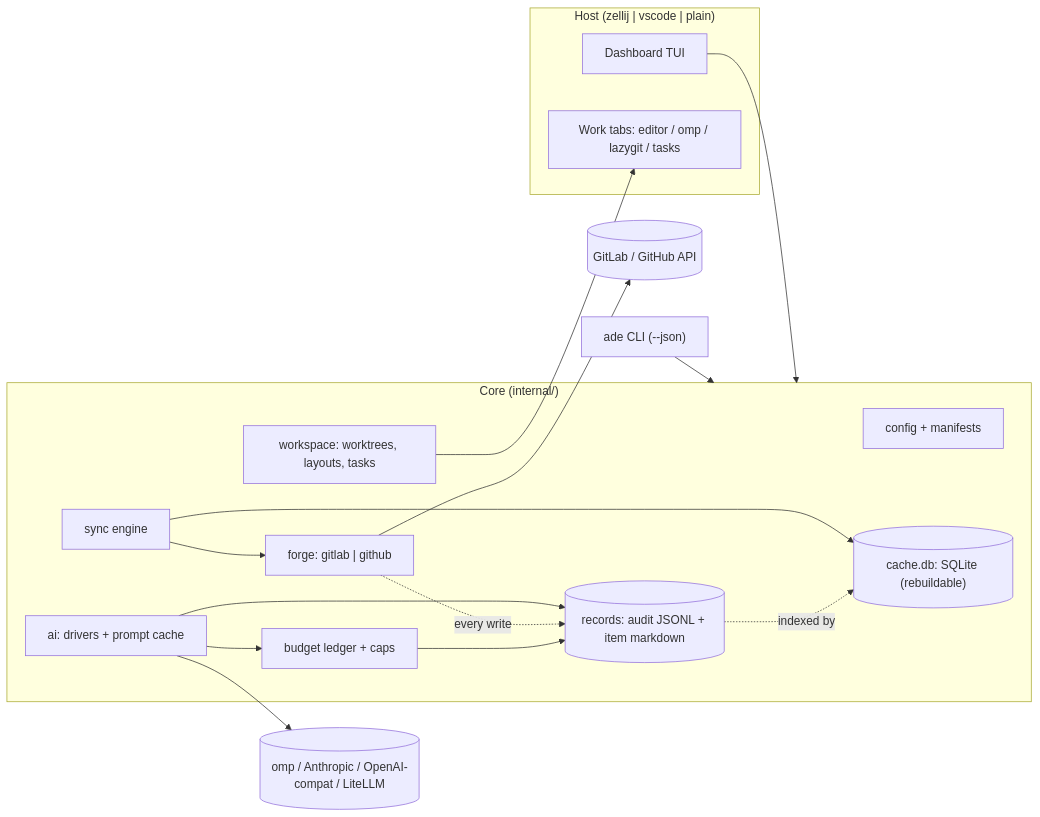
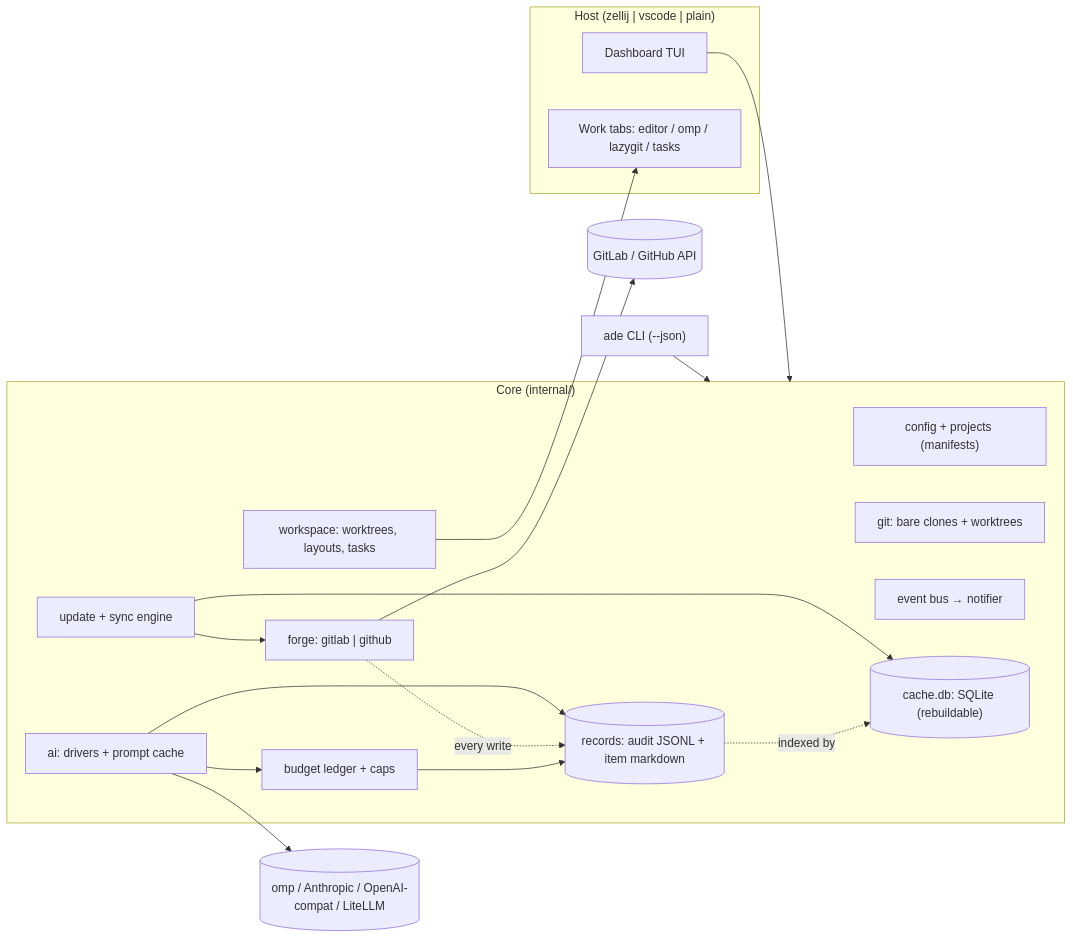
Before and after one commit to coredev-uk/ade: the first of 3 diagrams in docs/PLAN.md, drawn with Mermaid. The commit also changed other lines of this file and 3 other files, not shown here.

````diff
--- a/docs/PLAN.md
+++ b/docs/PLAN.md
@@ -16,28 +16,30 @@
 ```mermaid
 flowchart LR
   subgraph Host["Host (zellij | vscode | plain)"]
     Dash["Dashboard TUI"]
     Tabs["Work tabs: editor / omp / lazygit / tasks"]
   end
   CLI["ade CLI (--json)"] --> Core
   Dash --> Core
   subgraph Core["Core (internal/)"]
-    Cfg["config + manifests"]
-    Sync["sync engine"]
+    Cfg["config + projects (manifests)"]
+    Sync["update + sync engine"]
+    Git["git: bare clones + worktrees"]
+    Bus["event bus → notifier"]
     Store[("cache.db: SQLite (rebuildable)")]
     Rec[("records: audit JSONL + item markdown")]
     Forge["forge: gitlab | github"]
     AI["ai: drivers + prompt cache"]
     Budget["budget ledger + caps"]
     WS["workspace: worktrees, layouts, tasks"]
   end
   Sync --> Forge --> API[(GitLab / GitHub API)]
   Sync --> Store
   AI --> Budget
   AI --> Rec
   Forge -. every write .-> Rec
   Budget --> Rec
   Rec -. indexed by .-> Store
   AI --> Providers[(omp / Anthropic / OpenAI-compat / LiteLLM)]
   WS --> Tabs
 ```
````
